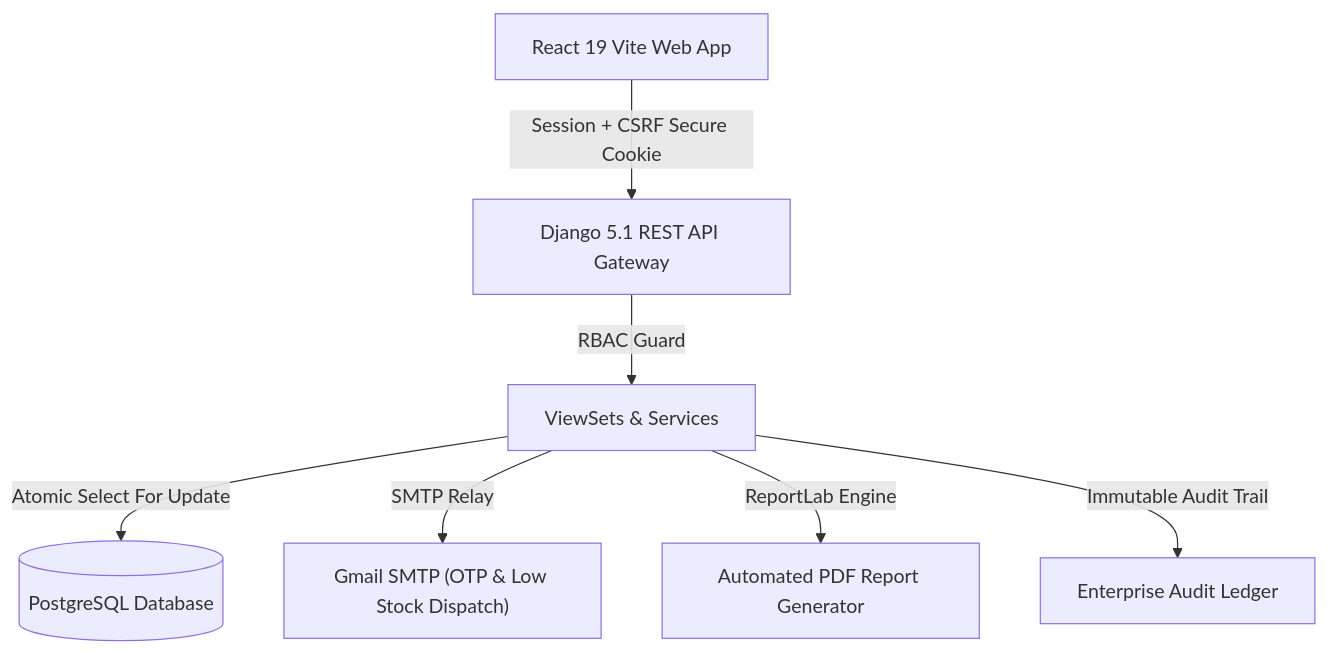
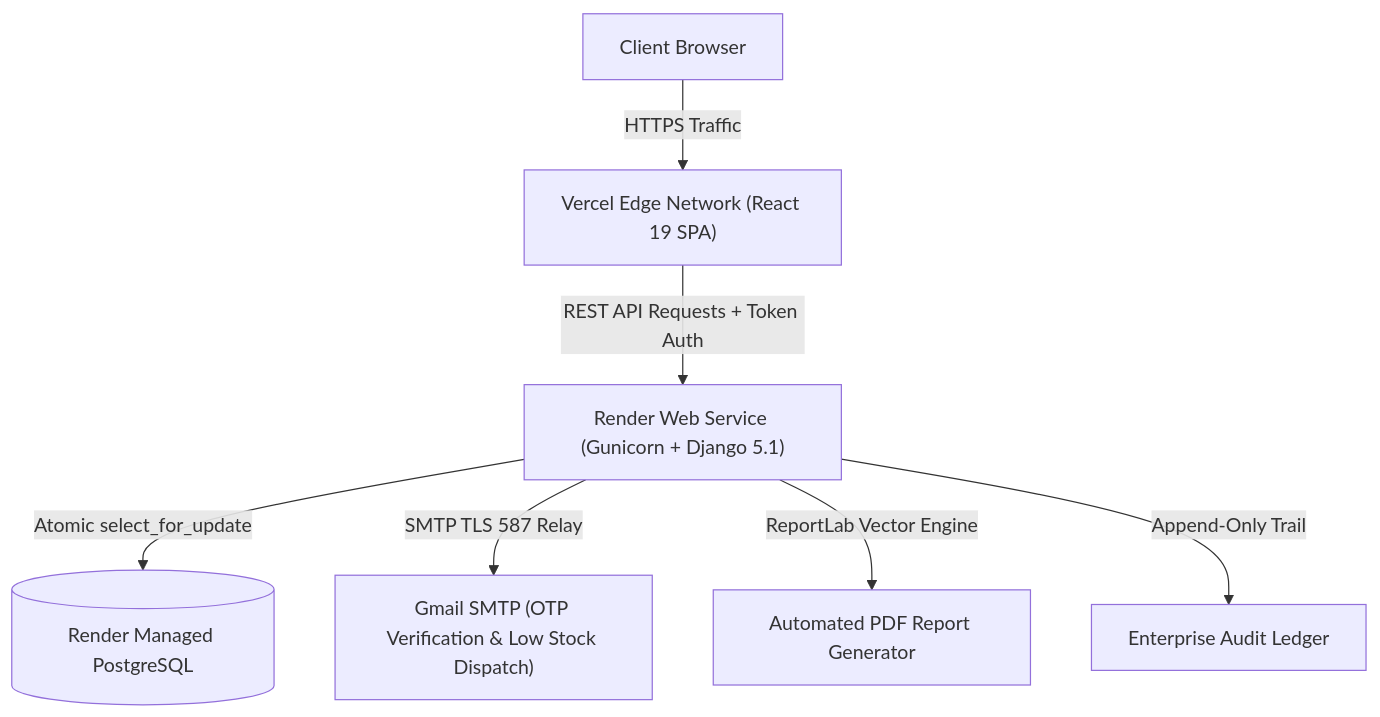
The diagram in README.md (ajayroll1/Minu-Marketing), drawn with Mermaid before and after one commit. The commit also changed other lines of this file, not shown here.

Commit message:
docs: comprehensive update to README with live Vercel & Render hosting details, architecture and credentials

````diff
--- a/README.md
+++ b/README.md
@@ -9,9 +22,9 @@
 ```mermaid
 graph TD
-    Client["React 19 Vite Web App"] -->|Session + CSRF Secure Cookie| Django["Django 5.1 REST API Gateway"]
-    Django -->|RBAC Guard| Views["ViewSets & Services"]
-    Views -->|Atomic Select For Update| DB[(PostgreSQL Database)]
-    Views -->|SMTP Relay| Gmail["Gmail SMTP (OTP & Low Stock Dispatch)"]
-    Views -->|ReportLab Engine| PDF["Automated PDF Report Generator"]
-    Views -->|Immutable Audit Trail| Audit["Enterprise Audit Ledger"]
+    User["Client Browser"] -->|HTTPS Traffic| Vercel["Vercel Edge Network (React 19 SPA)"]
+    Vercel -->|REST API Requests + Token Auth| Render["Render Web Service (Gunicorn + Django 5.1)"]
+    Render -->|Atomic select_for_update| Postgres[(Render Managed PostgreSQL)]
+    Render -->|SMTP TLS 587 Relay| Gmail["Gmail SMTP (OTP Verification & Low Stock Dispatch)"]
+    Render -->|ReportLab Vector Engine| PDF["Automated PDF Report Generator"]
+    Render -->|Append-Only Trail| Audit["Enterprise Audit Ledger"]
 ```
````
